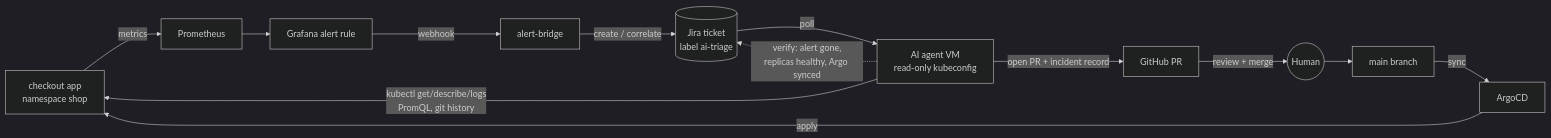
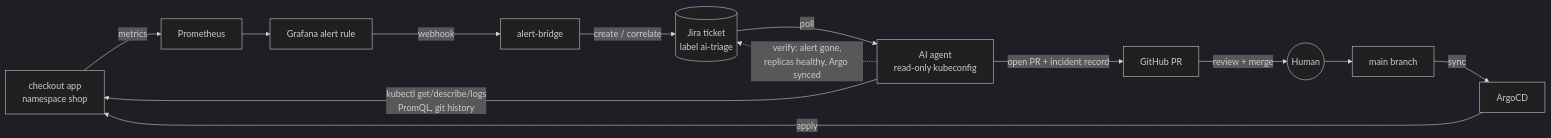
One commit to Kyle-Law/ai-sre-demo changed the diagram in README.md. Above: the diagram before and after it, drawn with Mermaid (dark theme). The commit also changed other lines of this file and 29 other files, not shown here.

````diff
--- a/README.md
+++ b/README.md
@@ -9,15 +9,15 @@
 ```mermaid
 flowchart LR
     A[checkout app<br/>namespace shop] -->|metrics| P[Prometheus]
     P --> G[Grafana alert rule]
     G -->|webhook| B[alert-bridge]
     B -->|create / correlate| J[(Jira ticket<br/>label ai-triage)]
-    J -->|poll| AG[AI agent VM<br/>read-only kubeconfig]
+    J -->|poll| AG[AI agent<br/>read-only kubeconfig]
     AG -->|kubectl get/describe/logs<br/>PromQL, git history| A
     AG -->|open PR + incident record| GH[GitHub PR]
     GH -->|review + merge| H((Human))
     H --> R[main branch]
     R -->|sync| AR[ArgoCD]
     AR -->|apply| A
     AG -.->|verify: alert gone,<br/>replicas healthy, Argo synced| J
 ```
````
